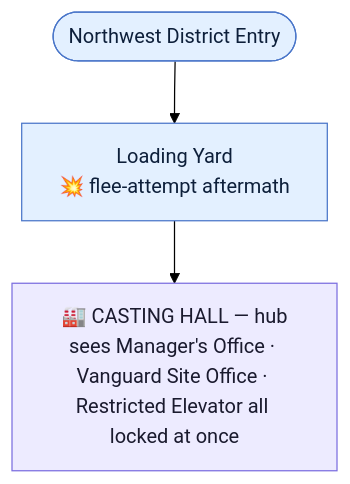
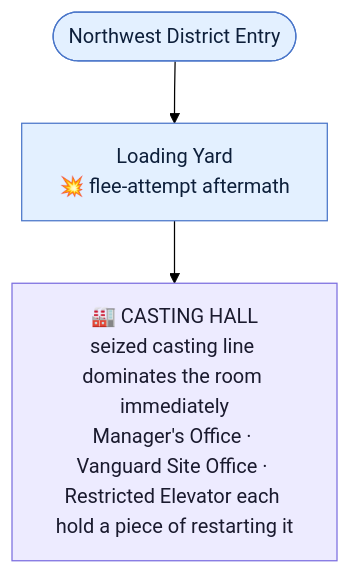
The first of 5 diagrams in DESIGN/Locations/Foundry_Refinery.md (GIToez/Deadlock-Design), drawn with Mermaid (forest theme) before and after one commit. The commit also changed other lines of this file and 5 other files, not shown here.

Commit message:
Refine puzzle designs: vary district opening rhythm, integrate Foundry rooms into casting line, redundant Academy clues, aggressive Monastery key cleanup, rebalance Police Station keys as optional

````diff
--- a/DESIGN/Locations/Foundry_Refinery.md
+++ b/DESIGN/Locations/Foundry_Refinery.md
@@ -427,13 +449,13 @@
 ```mermaid
 flowchart TD
     ENTRY(["Northwest District Entry"])
     YARD["Loading Yard<br/>💥 flee-attempt aftermath"]
-    HALL["🏭 CASTING HALL — hub<br/>sees Manager's Office · Vanguard Site Office · Restricted Elevator all locked at once"]
+    HALL["🏭 CASTING HALL<br/>seized casting line dominates the room immediately<br/>Manager's Office · Vanguard Site Office · Restricted Elevator each hold a piece of restarting it"]
 
     ENTRY --> YARD --> HALL
 
     classDef room fill:#EDEBFF,stroke:#7C6EE0,color:#1a1a2e
     classDef exterior fill:#E3F0FF,stroke:#4A76C9,color:#0d1f3a
     class ENTRY,YARD exterior
     class HALL room
 ```
````
